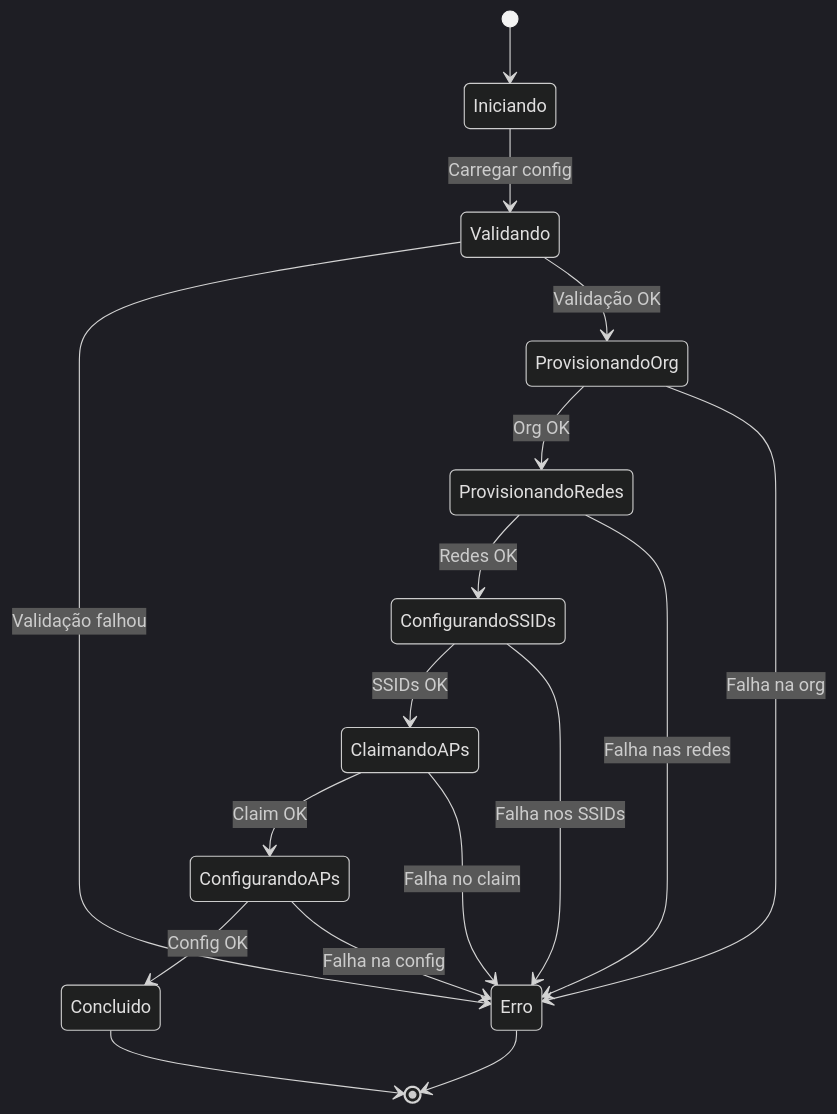
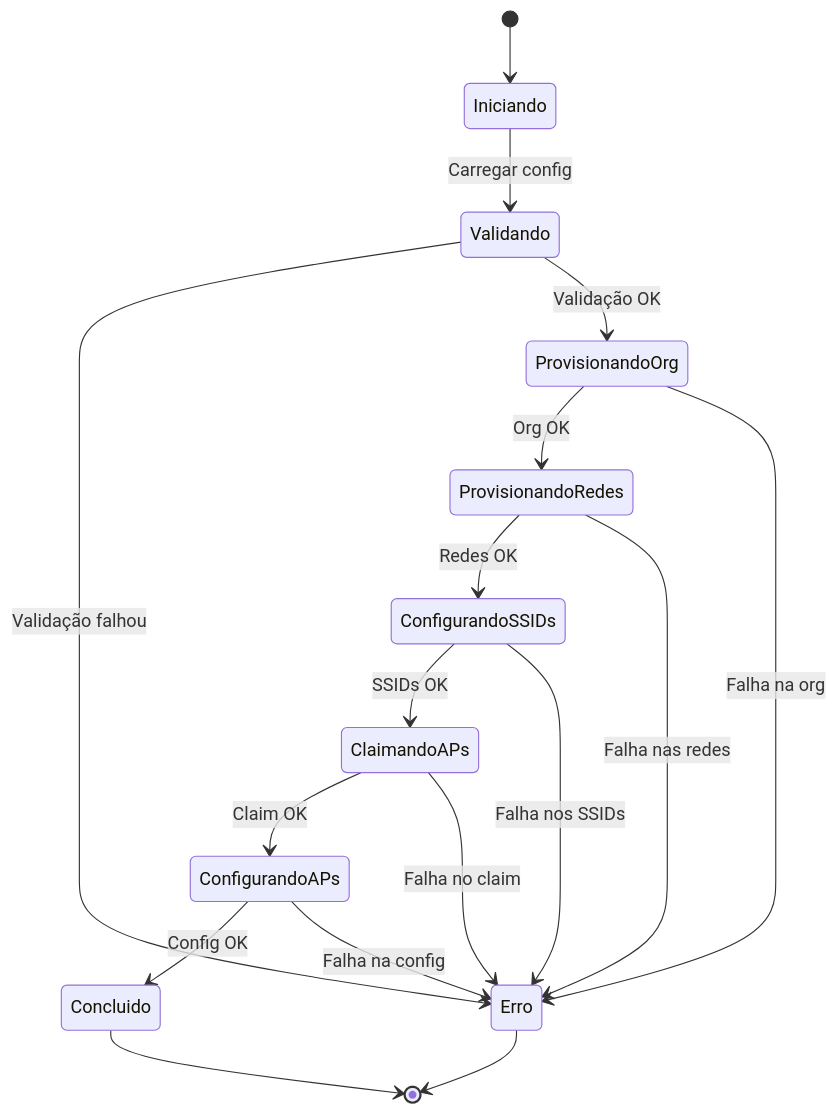
One commit to rodrigo-freitas-com/meraki-ansible changed diagram 12 of 13 in docs/system-modeling.md. Above: the diagram before and after it, drawn with Mermaid. The commit also changed other lines of this file, not shown here.

````diff
--- a/docs/system-modeling.md
+++ b/docs/system-modeling.md
@@ -448,27 +437,26 @@
 ```mermaid
-%%{init: {'theme': 'dark'}}%%
 stateDiagram-v2
     [*] --> Iniciando
 
     Iniciando --> Validando: Carregar config
     Validando --> Erro: Validação falhou
     Validando --> ProvisionandoOrg: Validação OK
 
     ProvisionandoOrg --> ProvisionandoRedes: Org OK
     ProvisionandoOrg --> Erro: Falha na org
 
     ProvisionandoRedes --> ConfigurandoSSIDs: Redes OK
     ProvisionandoRedes --> Erro: Falha nas redes
 
     ConfigurandoSSIDs --> ClaimandoAPs: SSIDs OK
     ConfigurandoSSIDs --> Erro: Falha nos SSIDs
 
     ClaimandoAPs --> ConfigurandoAPs: Claim OK
     ClaimandoAPs --> Erro: Falha no claim
 
     ConfigurandoAPs --> Concluido: Config OK
     ConfigurandoAPs --> Erro: Falha na config
 
     Concluido --> [*]
     Erro --> [*]
 ```
````
